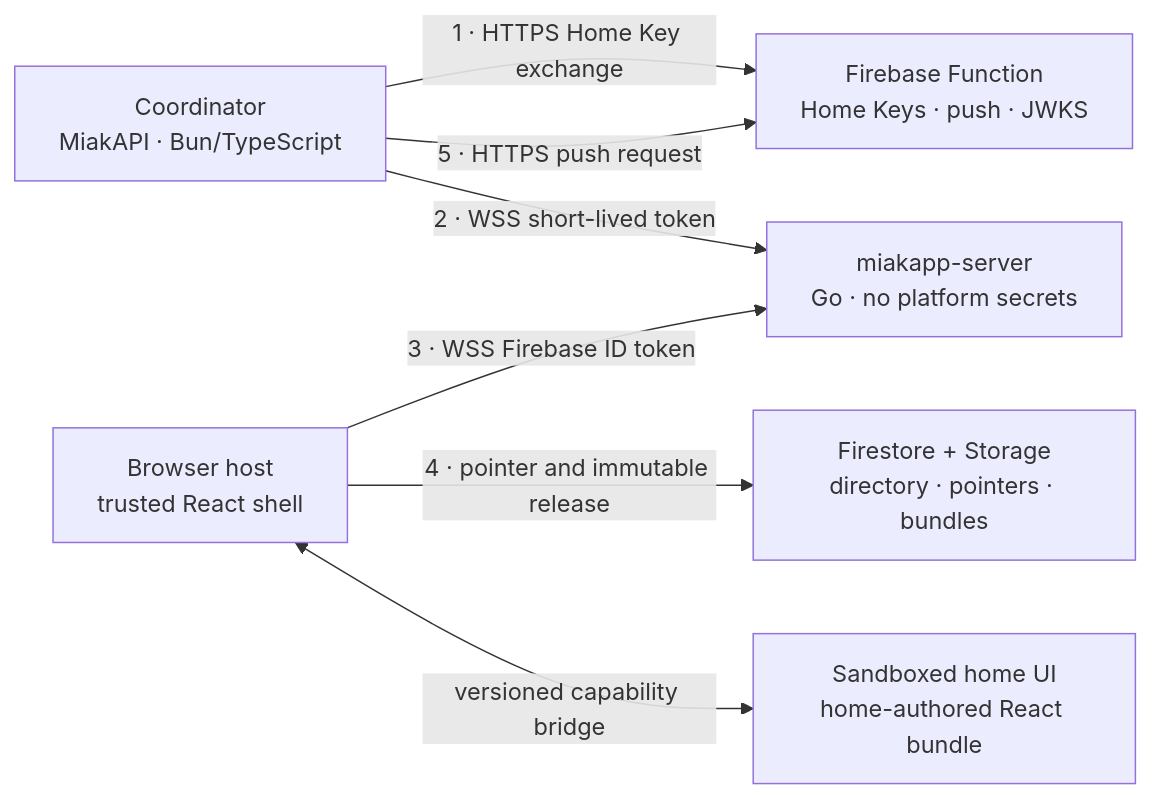
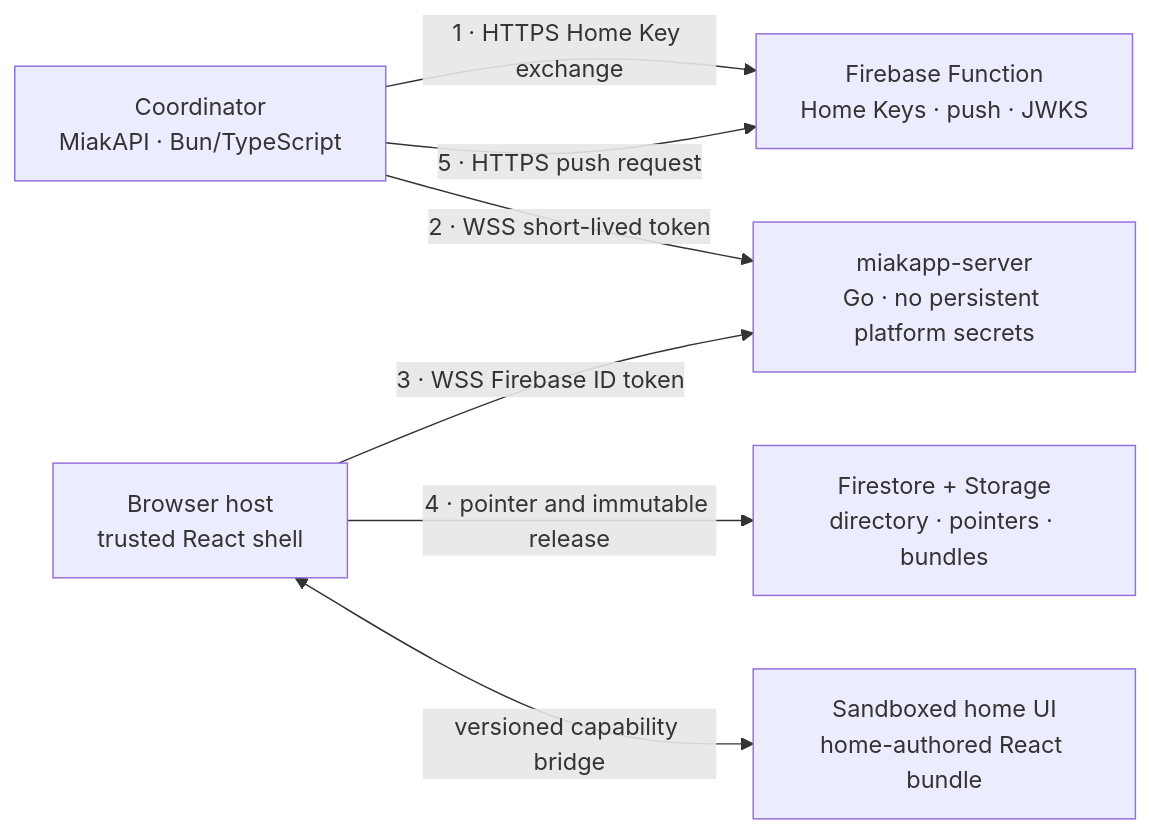
One commit to Miakapp/Miakapp-V3 changed the diagram in docs/specs/2026-08-29-miakapp-v4-design.md. Above: the diagram before and after it, drawn with Mermaid. The commit also changed other lines of this file and 9 other files, not shown here.

````diff
--- a/docs/specs/2026-08-29-miakapp-v4-design.md
+++ b/docs/specs/2026-08-29-miakapp-v4-design.md
@@ -73,16 +75,16 @@
 ```mermaid
 flowchart LR
     C[Coordinator<br/>MiakAPI · Bun/TypeScript]
     F[Firebase Function<br/>Home Keys · push · JWKS]
-    R[miakapp-server<br/>Go · no platform secrets]
+    R[miakapp-server<br/>Go · no persistent platform secrets]
     B[Browser host<br/>trusted React shell]
     S[Firestore + Storage<br/>directory · pointers · bundles]
     U[Sandboxed home UI<br/>home-authored React bundle]
 
     C -->|1 · HTTPS Home Key exchange| F
     C -->|2 · WSS short-lived token| R
     B -->|3 · WSS Firebase ID token| R
     B -->|4 · pointer and immutable release| S
     C -->|5 · HTTPS push request| F
     B <-->|versioned capability bridge| U
 ```
````
